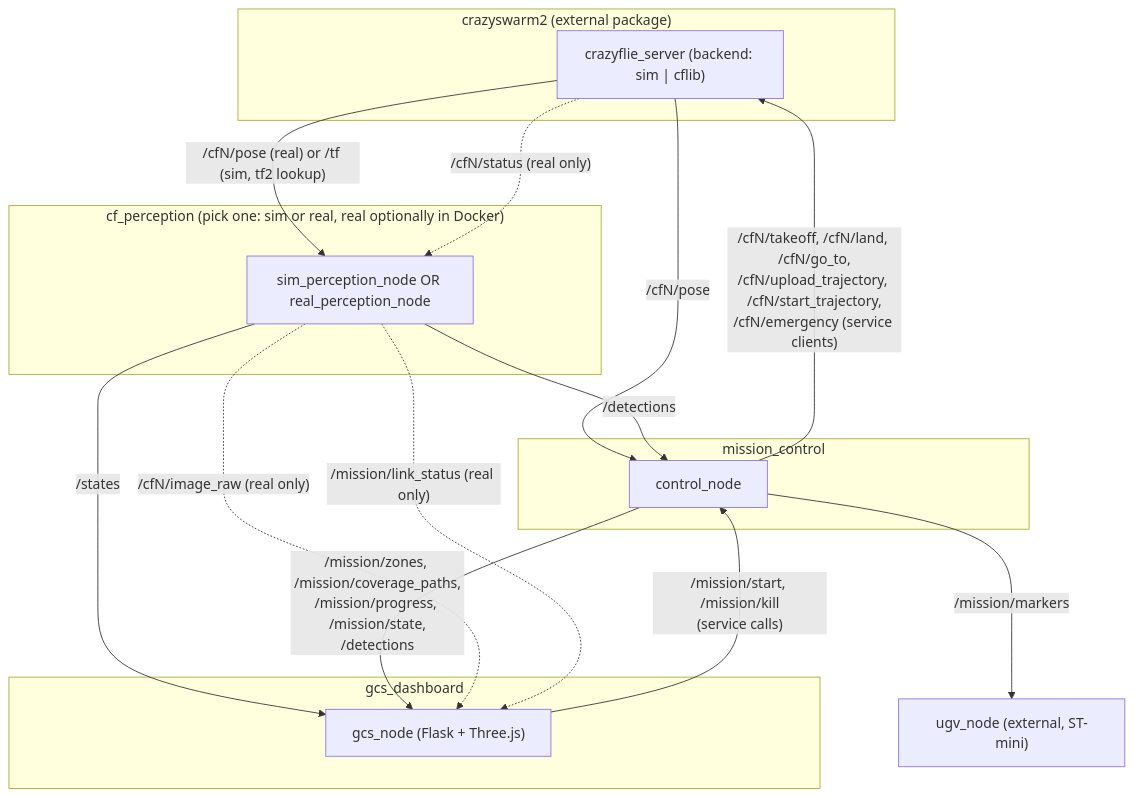
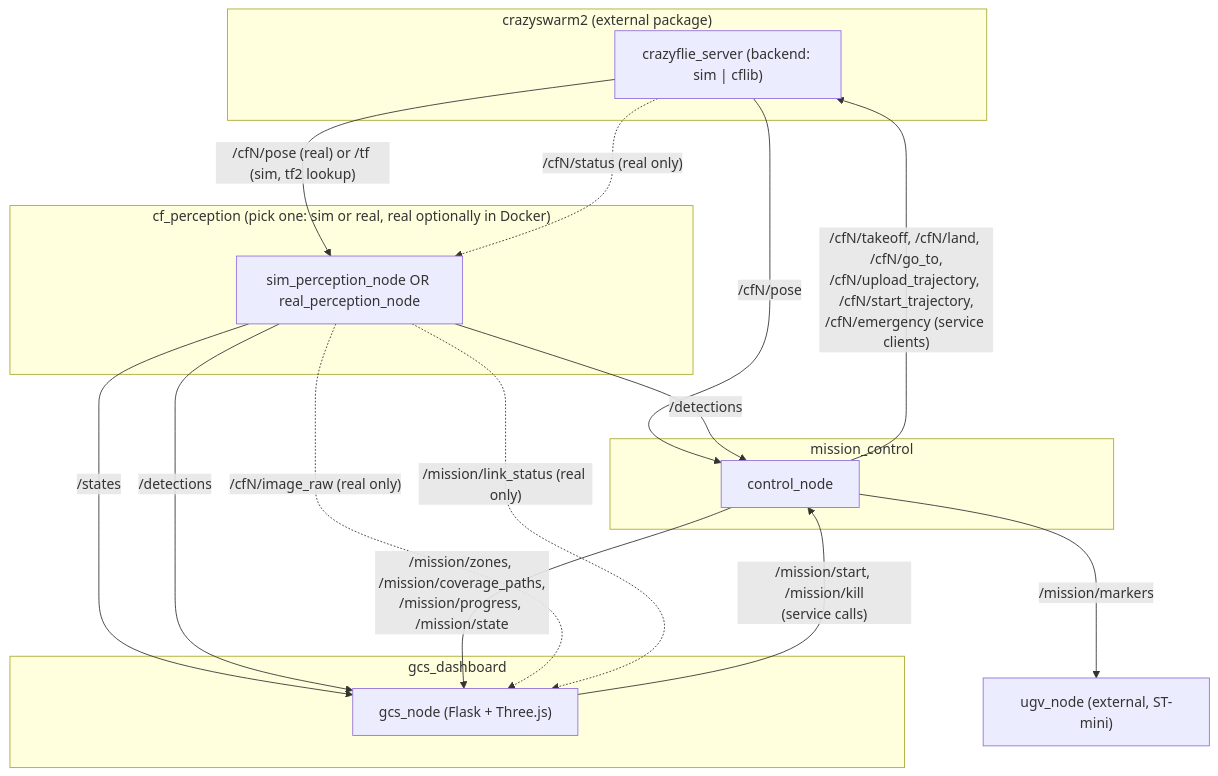
Before and after one commit to sungho2574/uav-ugv-cooperation2: the first of 4 diagrams in README.md, drawn with Mermaid.

Commit message:
docs: 문서 변경

````diff
--- a/README.md
+++ b/README.md
@@ -80,35 +80,36 @@
 ```mermaid
 flowchart TD
     subgraph crazyswarm2["crazyswarm2 (external package)"]
         CFS["crazyflie_server (backend: sim | cflib)"]
     end
 
     subgraph mc["mission_control"]
         CTRL["control_node"]
     end
 
     subgraph cfp["cf_perception (pick one: sim or real, real optionally in Docker)"]
         PERC["sim_perception_node OR real_perception_node"]
     end
 
     subgraph gcs["gcs_dashboard"]
         GCS["gcs_node (Flask + Three.js)"]
     end
 
     UGV["ugv_node (external, ST-mini)"]
 
     CTRL -->|"/cfN/takeoff, /cfN/land, /cfN/go_to,<br/>/cfN/upload_trajectory, /cfN/start_trajectory,<br/>/cfN/emergency (service clients)"| CFS
     CFS -->|"/cfN/pose"| CTRL
     CFS -->|"/cfN/pose (real) or /tf (sim, tf2 lookup)"| PERC
     CFS -.->|"/cfN/status (real only)"| PERC
 
     PERC -->|"/states"| GCS
     PERC -->|"/detections"| CTRL
-    CTRL -->|"/mission/zones, /mission/coverage_paths,<br/>/mission/progress, /mission/state,<br/>/detections"| GCS
+    PERC -->|"/detections"| GCS
+    CTRL -->|"/mission/zones, /mission/coverage_paths,<br/>/mission/progress, /mission/state"| GCS
     PERC -.->|"/cfN/image_raw (real only)"| GCS
     PERC -.->|"/mission/link_status (real only)"| GCS
 
     CTRL -->|"/mission/markers"| UGV
 
     GCS -->|"/mission/start, /mission/kill<br/>(service calls)"| CTRL
 ```
````
